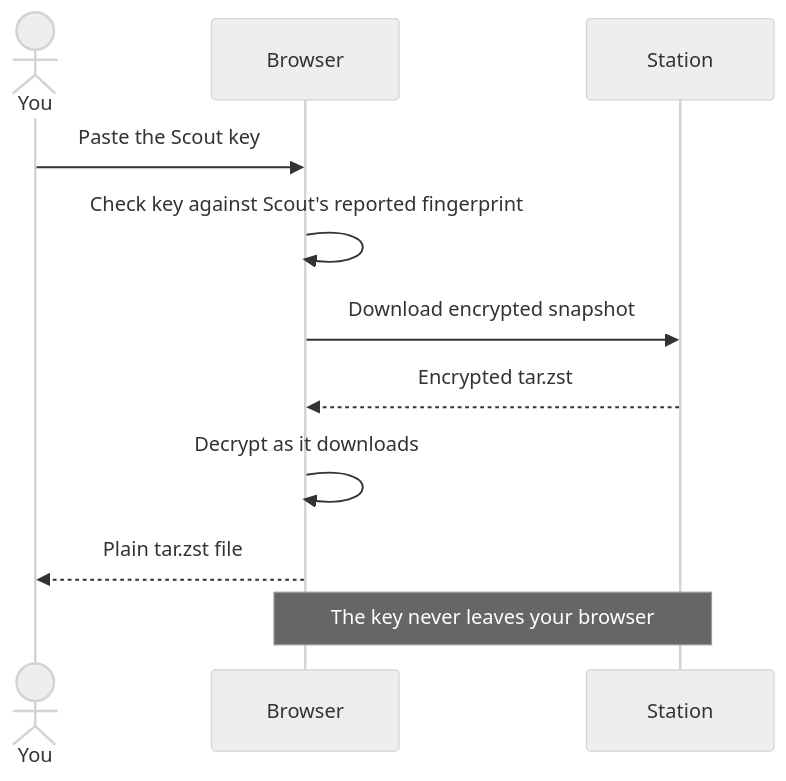
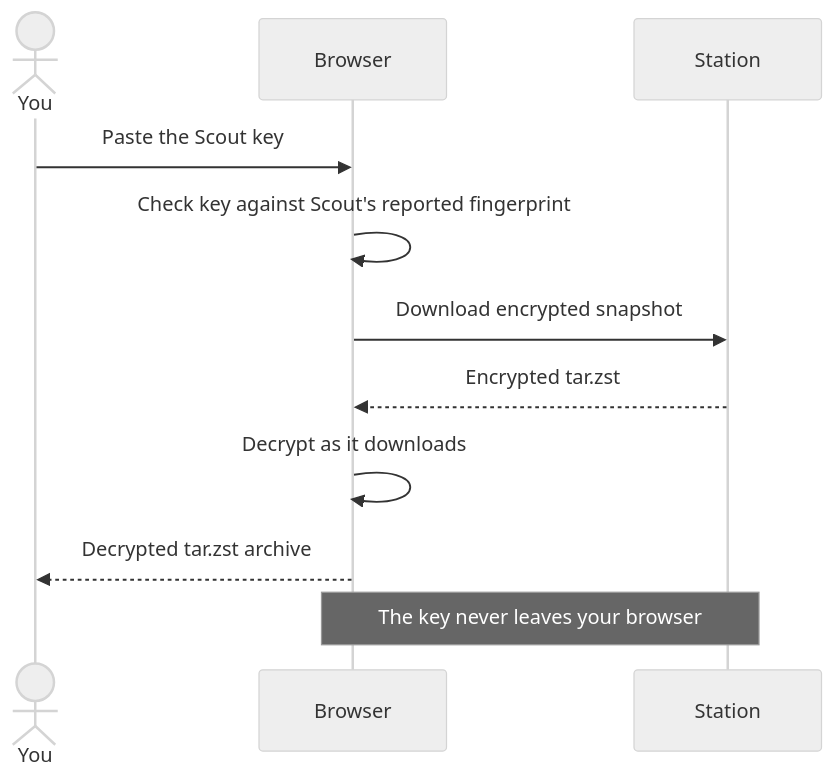
One commit to thesteau/3to1go changed the diagram in docs/station/snapshots.mdx. Above: the diagram before and after it, drawn with Mermaid (neutral theme). The commit also changed other lines of this file and 13 other files, not shown here.

````diff
--- a/docs/station/snapshots.mdx
+++ b/docs/station/snapshots.mdx
@@ -26,13 +26,13 @@
 ```mermaid
 sequenceDiagram
     actor You
     participant Browser
     participant Station
     You->>Browser: Paste the Scout key
     Browser->>Browser: Check key against Scout's reported fingerprint
     Browser->>Station: Download encrypted snapshot
     Station-->>Browser: Encrypted tar.zst
     Browser->>Browser: Decrypt as it downloads
-    Browser-->>You: Plain tar.zst file
+    Browser-->>You: Decrypted tar.zst archive
     Note over Browser,Station: The key never leaves your browser
 ```
````
